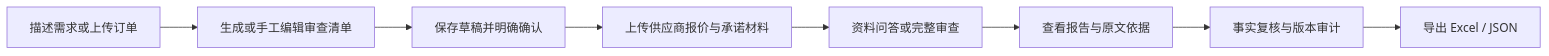
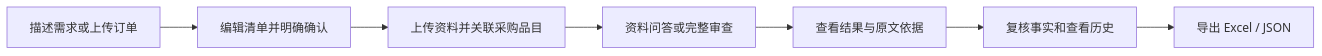
One commit to YanShui9/docucheck changed the diagram in README.md. Above: the diagram before and after it, drawn with Mermaid. The commit also changed other lines of this file and 10 other files, not shown here.

````diff
--- a/README.md
+++ b/README.md
@@ -26,10 +20,9 @@
 ```mermaid
 flowchart LR
-    A[描述需求或上传订单] --> B[生成或手工编辑审查清单]
-    B --> C[保存草稿并明确确认]
-    C --> D[上传供应商报价与承诺材料]
-    D --> E[资料问答或完整审查]
-    E --> F[查看报告与原文依据]
-    F --> G[事实复核与版本审计]
-    G --> H[导出 Excel / JSON]
+    A[描述需求或上传订单] --> B[编辑清单并明确确认]
+    B --> C[上传资料并关联采购品目]
+    C --> D[资料问答或完整审查]
+    D --> E[查看结果与原文依据]
+    E --> F[复核事实和查看历史]
+    F --> G[导出 Excel / JSON]
 ```
````
